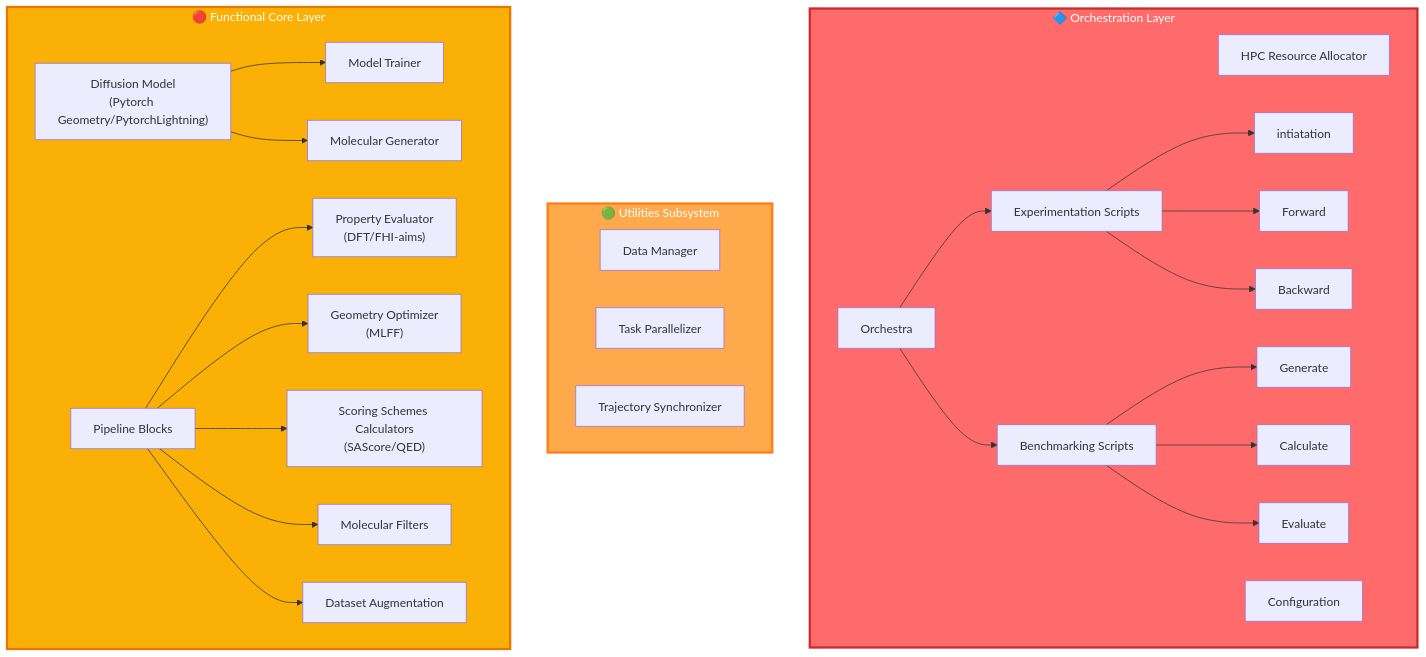
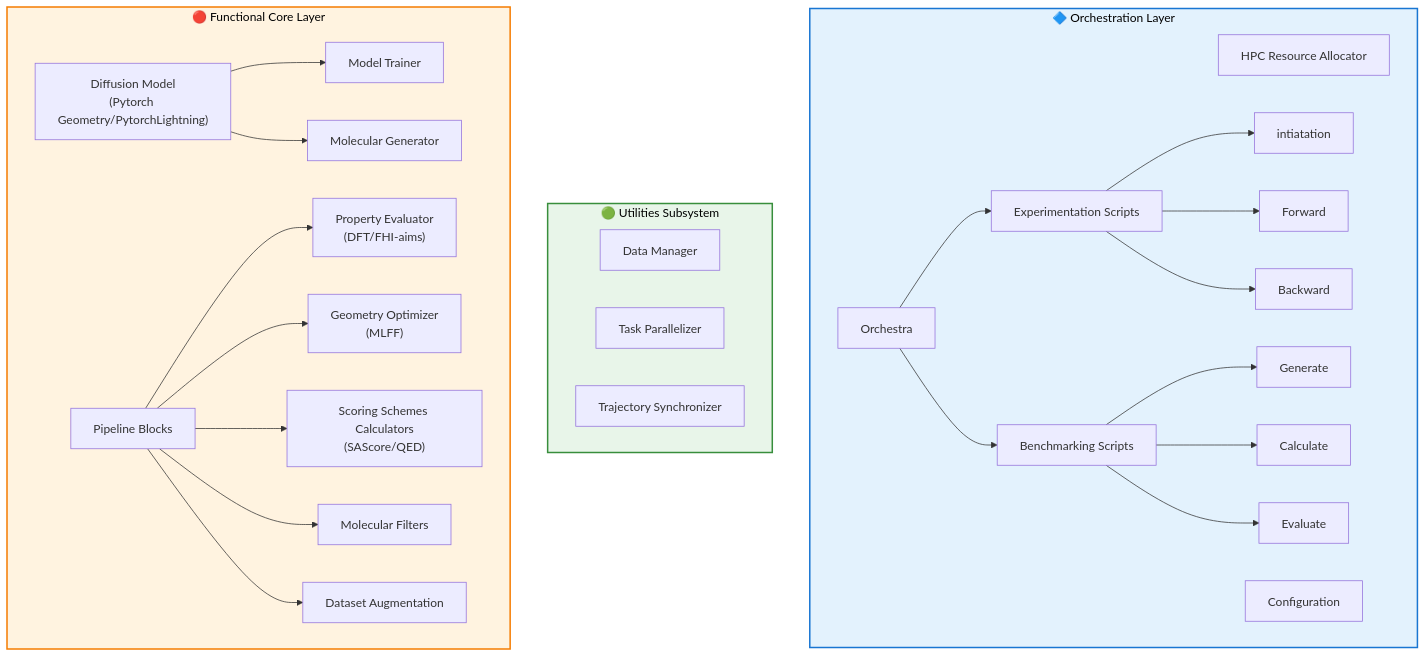
The second of 2 diagrams in README.md (lmedranos/qalpa), drawn with Mermaid before and after one commit.

````diff
--- a/README.md
+++ b/README.md
@@ -97,56 +97,56 @@
 ```mermaid
 graph TB
     subgraph orchestration["🔷 Orchestration Layer"]
         hpc["HPC Resource Allocator"]
         config["Configuration"]
         orc["Orchestra"]
         Expsc["Experimentation Scripts"]
         initsc["intiatation"]
         forsc["Forward"]
         bacsc["Backward"]
         Evalsc["Benchmarking Scripts"]
         gensc["Generate"]
         calsc["Calculate"]
         evalsc["Evaluate"]
 
     end
 
     Expsc --> initsc
     Expsc --> forsc
     Expsc --> bacsc
     Evalsc --> gensc
     Evalsc --> calsc
     Evalsc --> evalsc
     orc --> Expsc
     orc --> Evalsc
    
 
     subgraph utilities["🟢 Utilities Subsystem"]
         data["Data Manager"]
         parallel["Task Parallelizer"]
         sync["Trajectory Synchronizer"]
     end
     
     subgraph functional["🔴 Functional Core Layer"]
         Diff["Diffusion Model<br/>(Pytorch Geometry/PytorchLightning)"]
         train["Model Trainer"]
         gen["Molecular Generator"]
         Pipeb["Pipeline Blocks"]
         eval["Property Evaluator<br/>(DFT/FHI-aims)"]
         opt["Geometry Optimizer<br/>(MLFF)"]
         sco["Scoring Schemes Calculators<br/>(SAScore/QED)"]
         sel["Molecular Filters"]
         Aug["Dataset Augmentation"]
     end
     Diff --> train
     Diff --> gen
     Pipeb --> eval
     Pipeb --> opt
     Pipeb --> sco
     Pipeb --> sel
     Pipeb --> Aug
     
-    style orchestration fill:#ff6b6b,stroke:#c92a2a,stroke-width: 3px,color:#fff
-    style utilities fill:#ffa94d,stroke:#fd7e14,stroke-width: 3px,color:#fff
-    style functional fill:#fab005,stroke:#e67700,stroke-width:3px,color:#fff
+    style orchestration fill:#E3F2FD,stroke:#1976D2,stroke-width: 2px,color:#000
+    style utilities fill:#E8F5E9,stroke:#388E3C,stroke-width: 2px,color:#000
+    style functional fill:#FFF3E0,stroke:#F57C00,stroke-width: 2px,color:#000
 ```
````
